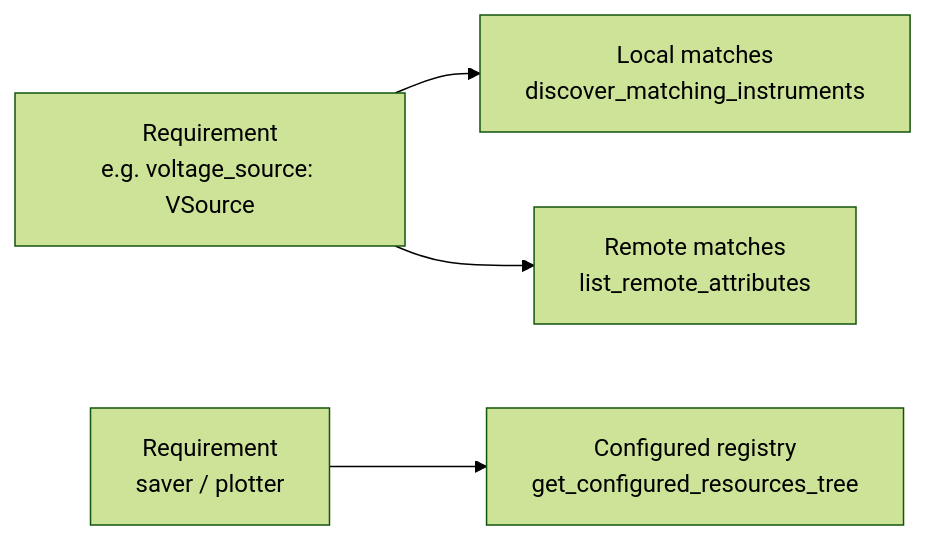
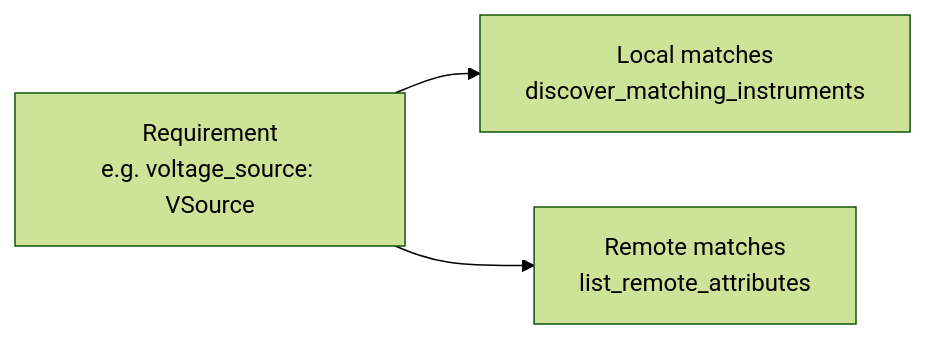
Before and after one commit to sansseriff/lab-wizard: the diagram in docs/wizard/measurements.md, drawn with Mermaid (forest theme). The commit also changed other lines of this file and 212 other files, not shown here.

````diff
--- a/docs/wizard/measurements.md
+++ b/docs/wizard/measurements.md
@@ -44,6 +70,5 @@
 ```mermaid
 graph LR
     REQ["Requirement<br/>e.g. voltage_source: VSource"] --> LOCAL["Local matches<br/>discover_matching_instruments"]
     REQ --> REMOTE["Remote matches<br/>list_remote_attributes"]
-    REQ2["Requirement<br/>saver / plotter"] --> REG["Configured registry<br/>get_configured_resources_tree"]
 ```
````
